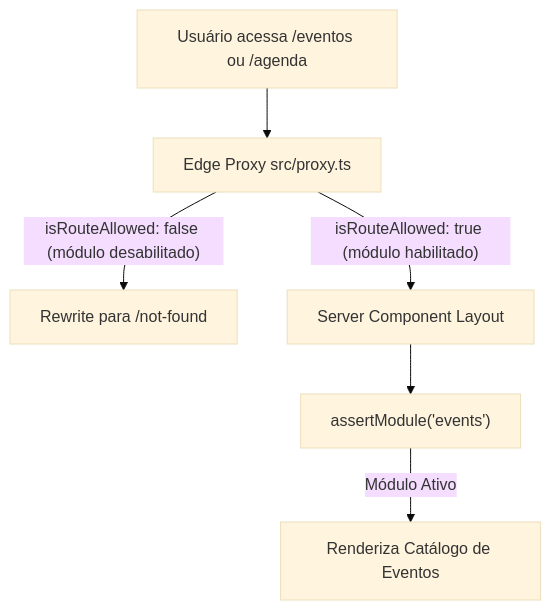
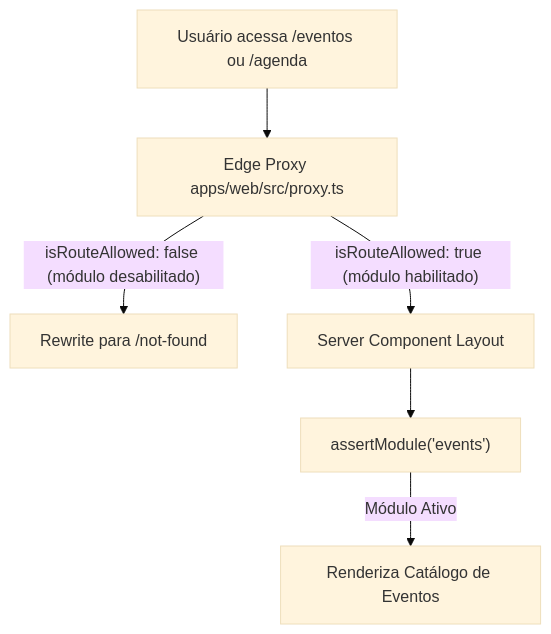
The first of 2 diagrams in docs/pages/portal/EVENTOS.md (gui-bus/clubkey), drawn with Mermaid (base theme) before and after one commit. The commit also changed other lines of this file and 9 other files, not shown here.

````diff
--- a/docs/pages/portal/EVENTOS.md
+++ b/docs/pages/portal/EVENTOS.md
@@ -11,8 +11,8 @@
 ```mermaid
 flowchart TD
-    Req["Usuário acessa /eventos ou /agenda"] --> Proxy["Edge Proxy src/proxy.ts"]
+    Req["Usuário acessa /eventos ou /agenda"] --> Proxy["Edge Proxy apps/web/src/proxy.ts"]
     Proxy -- "isRouteAllowed: false (módulo desabilitado)" --> 404["Rewrite para /not-found"]
     Proxy -- "isRouteAllowed: true (módulo habilitado)" --> Layout["Server Component Layout"]
     Layout --> Guard["assertModule('events')"]
     Guard -- "Módulo Ativo" --> Page["Renderiza Catálogo de Eventos"]
 ```
````
